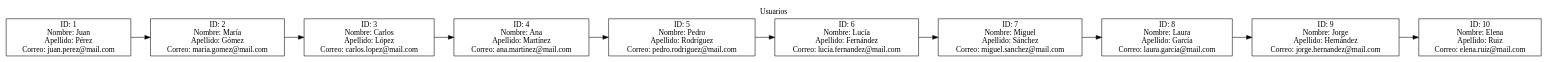
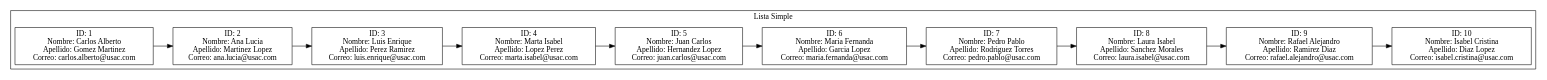
One commit to Farot30/-EDD-1S2025_202307820 changed the diagram in Fase#1/Graficas/Usuarios.dot. Above: the diagram before and after it, drawn with Graphviz. The commit also changed 36 other files, not shown here.

```diff
--- a/Fase#1/Graficas/Usuarios.dot
+++ b/Fase#1/Graficas/Usuarios.dot
@@ -1,26 +1,26 @@
 digraph G {
-label="Usuarios";
-labelloc="t";
 rankdir=LR;
 node [shape=box];
-node0 [label="ID: 1\nNombre: Juan\nApellido: Pérez\nCorreo: juan.perez@mail.com"];
+subgraph cluster_ListaSimple {
+label = "Lista Simple";
+node0 [label="ID: 1\nNombre: Carlos Alberto\nApellido: Gomez Martinez\nCorreo: carlos.alberto@usac.com"];
 node0 -> node1;
-node1 [label="ID: 2\nNombre: María\nApellido: Gómez\nCorreo: maria.gomez@mail.com"];
+node1 [label="ID: 2\nNombre: Ana Lucia\nApellido: Martinez Lopez\nCorreo: ana.lucia@usac.com"];
 node1 -> node2;
-node2 [label="ID: 3\nNombre: Carlos\nApellido: López\nCorreo: carlos.lopez@mail.com"];
+node2 [label="ID: 3\nNombre: Luis Enrique\nApellido: Perez Ramirez\nCorreo: luis.enrique@usac.com"];
 node2 -> node3;
-node3 [label="ID: 4\nNombre: Ana\nApellido: Martínez\nCorreo: ana.martinez@mail.com"];
+node3 [label="ID: 4\nNombre: Marta Isabel\nApellido: Lopez Perez\nCorreo: marta.isabel@usac.com"];
 node3 -> node4;
-node4 [label="ID: 5\nNombre: Pedro\nApellido: Rodríguez\nCorreo: pedro.rodriguez@mail.com"];
+node4 [label="ID: 5\nNombre: Juan Carlos\nApellido: Hernandez Lopez\nCorreo: juan.carlos@usac.com"];
 node4 -> node5;
-node5 [label="ID: 6\nNombre: Lucía\nApellido: Fernández\nCorreo: lucia.fernandez@mail.com"];
+node5 [label="ID: 6\nNombre: Maria Fernanda\nApellido: Garcia Lopez\nCorreo: maria.fernanda@usac.com"];
 node5 -> node6;
-node6 [label="ID: 7\nNombre: Miguel\nApellido: Sánchez\nCorreo: miguel.sanchez@mail.com"];
+node6 [label="ID: 7\nNombre: Pedro Pablo\nApellido: Rodriguez Torres\nCorreo: pedro.pablo@usac.com"];
 node6 -> node7;
-node7 [label="ID: 8\nNombre: Laura\nApellido: García\nCorreo: laura.garcia@mail.com"];
+node7 [label="ID: 8\nNombre: Laura Isabel\nApellido: Sanchez Morales\nCorreo: laura.isabel@usac.com"];
 node7 -> node8;
-node8 [label="ID: 9\nNombre: Jorge\nApellido: Hernández\nCorreo: jorge.hernandez@mail.com"];
+node8 [label="ID: 9\nNombre: Rafael Alejandro\nApellido: Ramirez Diaz\nCorreo: rafael.alejandro@usac.com"];
 node8 -> node9;
-node9 [label="ID: 10\nNombre: Elena\nApellido: Ruiz\nCorreo: elena.ruiz@mail.com"];
-
+node9 [label="ID: 10\nNombre: Isabel Cristina\nApellido: Diaz Lopez\nCorreo: isabel.cristina@usac.com"];
 }
+}
```
